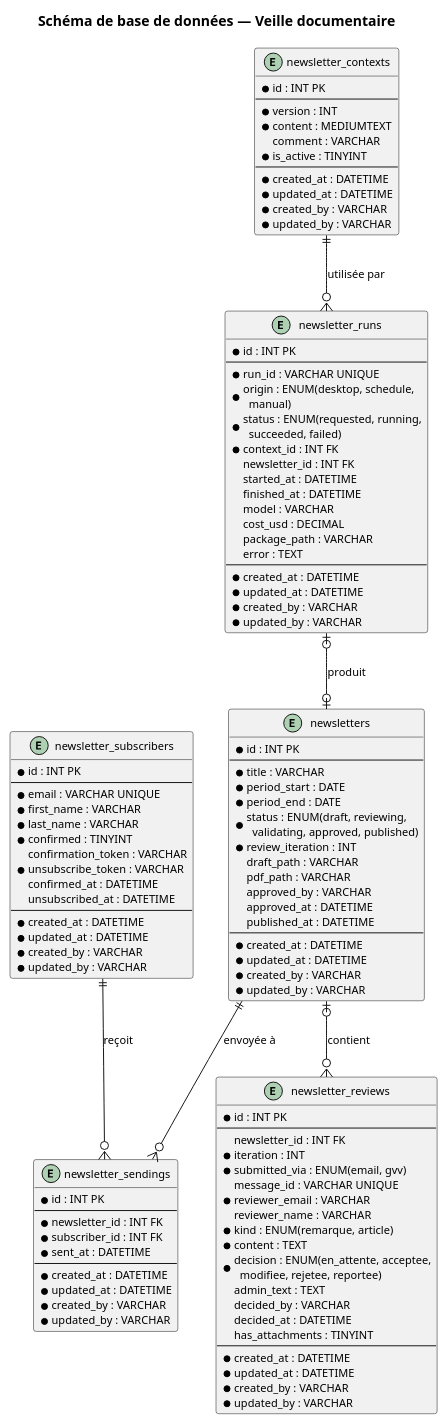
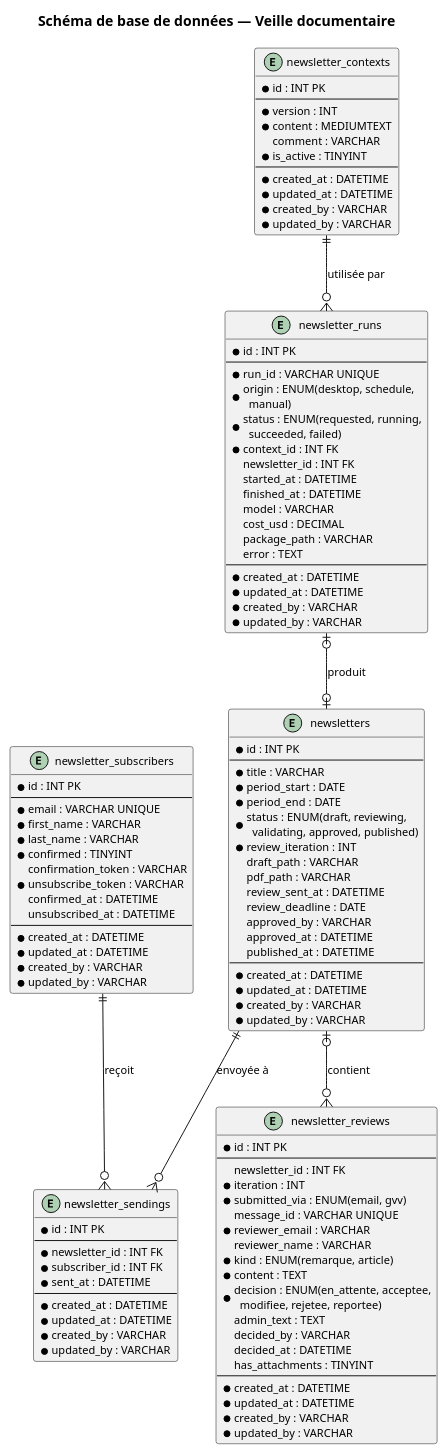
One commit to flub78/gvv changed the diagram in doc/design_notes/diagrams/veille_schema.puml. Above: the diagram before and after it, drawn with PlantUML. The commit also changed 40 other files, not shown here.

```diff
--- a/doc/design_notes/diagrams/veille_schema.puml
+++ b/doc/design_notes/diagrams/veille_schema.puml
@@ -1,123 +1,125 @@
 @startuml veille_schema
 skinparam backgroundColor white
 skinparam defaultFontSize 11
 
 title Schéma de base de données — Veille documentaire
 
 entity newsletters {
   * id : INT PK
   --
   * title : VARCHAR
   * period_start : DATE
   * period_end : DATE
   * status : ENUM(draft, reviewing,\n  validating, approved, published)
   * review_iteration : INT
   draft_path : VARCHAR
   pdf_path : VARCHAR
+  review_sent_at : DATETIME
+  review_deadline : DATE
   approved_by : VARCHAR
   approved_at : DATETIME
   published_at : DATETIME
   --
   * created_at : DATETIME
   * updated_at : DATETIME
   * created_by : VARCHAR
   * updated_by : VARCHAR
 }
 
 entity newsletter_reviews {
   * id : INT PK
   --
   newsletter_id : INT FK
   * iteration : INT
   * submitted_via : ENUM(email, gvv)
   message_id : VARCHAR UNIQUE
   * reviewer_email : VARCHAR
   reviewer_name : VARCHAR
   * kind : ENUM(remarque, article)
   * content : TEXT
   * decision : ENUM(en_attente, acceptee,\n  modifiee, rejetee, reportee)
   admin_text : TEXT
   decided_by : VARCHAR
   decided_at : DATETIME
   has_attachments : TINYINT
   --
   * created_at : DATETIME
   * updated_at : DATETIME
   * created_by : VARCHAR
   * updated_by : VARCHAR
 }
 
 entity newsletter_subscribers {
   * id : INT PK
   --
   * email : VARCHAR UNIQUE
   * first_name : VARCHAR
   * last_name : VARCHAR
   * confirmed : TINYINT
   confirmation_token : VARCHAR
   * unsubscribe_token : VARCHAR
   confirmed_at : DATETIME
   unsubscribed_at : DATETIME
   --
   * created_at : DATETIME
   * updated_at : DATETIME
   * created_by : VARCHAR
   * updated_by : VARCHAR
 }
 
 entity newsletter_sendings {
   * id : INT PK
   --
   * newsletter_id : INT FK
   * subscriber_id : INT FK
   * sent_at : DATETIME
   --
   * created_at : DATETIME
   * updated_at : DATETIME
   * created_by : VARCHAR
   * updated_by : VARCHAR
 }
 
 entity newsletter_contexts {
   * id : INT PK
   --
   * version : INT
   * content : MEDIUMTEXT
   comment : VARCHAR
   * is_active : TINYINT
   --
   * created_at : DATETIME
   * updated_at : DATETIME
   * created_by : VARCHAR
   * updated_by : VARCHAR
 }
 
 entity newsletter_runs {
   * id : INT PK
   --
   * run_id : VARCHAR UNIQUE
   * origin : ENUM(desktop, schedule,\n  manual)
   * status : ENUM(requested, running,\n  succeeded, failed)
   * context_id : INT FK
   newsletter_id : INT FK
   started_at : DATETIME
   finished_at : DATETIME
   model : VARCHAR
   cost_usd : DECIMAL
   package_path : VARCHAR
   error : TEXT
   --
   * created_at : DATETIME
   * updated_at : DATETIME
   * created_by : VARCHAR
   * updated_by : VARCHAR
 }
 
 newsletters |o--o{ newsletter_reviews : contient
 newsletters ||--o{ newsletter_sendings : envoyée à
 newsletter_subscribers ||--o{ newsletter_sendings : reçoit
 
 newsletter_contexts ||--o{ newsletter_runs : utilisée par
 newsletter_runs |o--o| newsletters : produit
 
 @enduml
```
